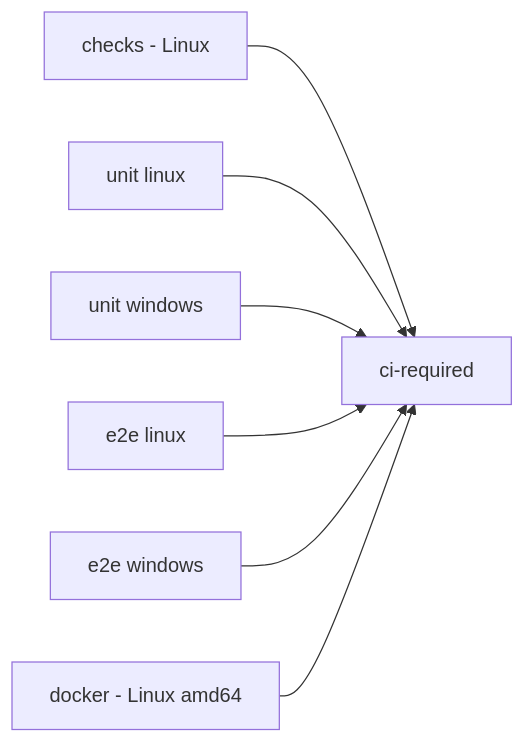
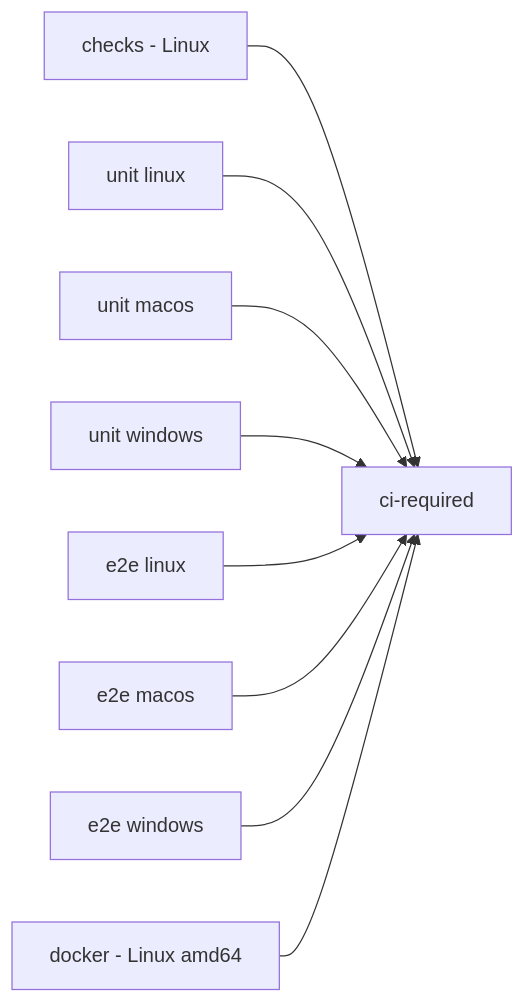
The diagram in docs/ci.md (kxlion/mcp-relay), drawn with Mermaid before and after one commit. The commit also changed other lines of this file and 12 other files, not shown here.

````diff
--- a/docs/ci.md
+++ b/docs/ci.md
@@ -18,9 +18,11 @@
 ```mermaid
 flowchart LR
     Checks[checks - Linux] --> Gate[ci-required]
     UnitL[unit linux] --> Gate
+    UnitM[unit macos] --> Gate
     UnitW[unit windows] --> Gate
     E2EL[e2e linux] --> Gate
+    E2EM[e2e macos] --> Gate
     E2EW[e2e windows] --> Gate
     Docker[docker - Linux amd64] --> Gate
 ```
````
